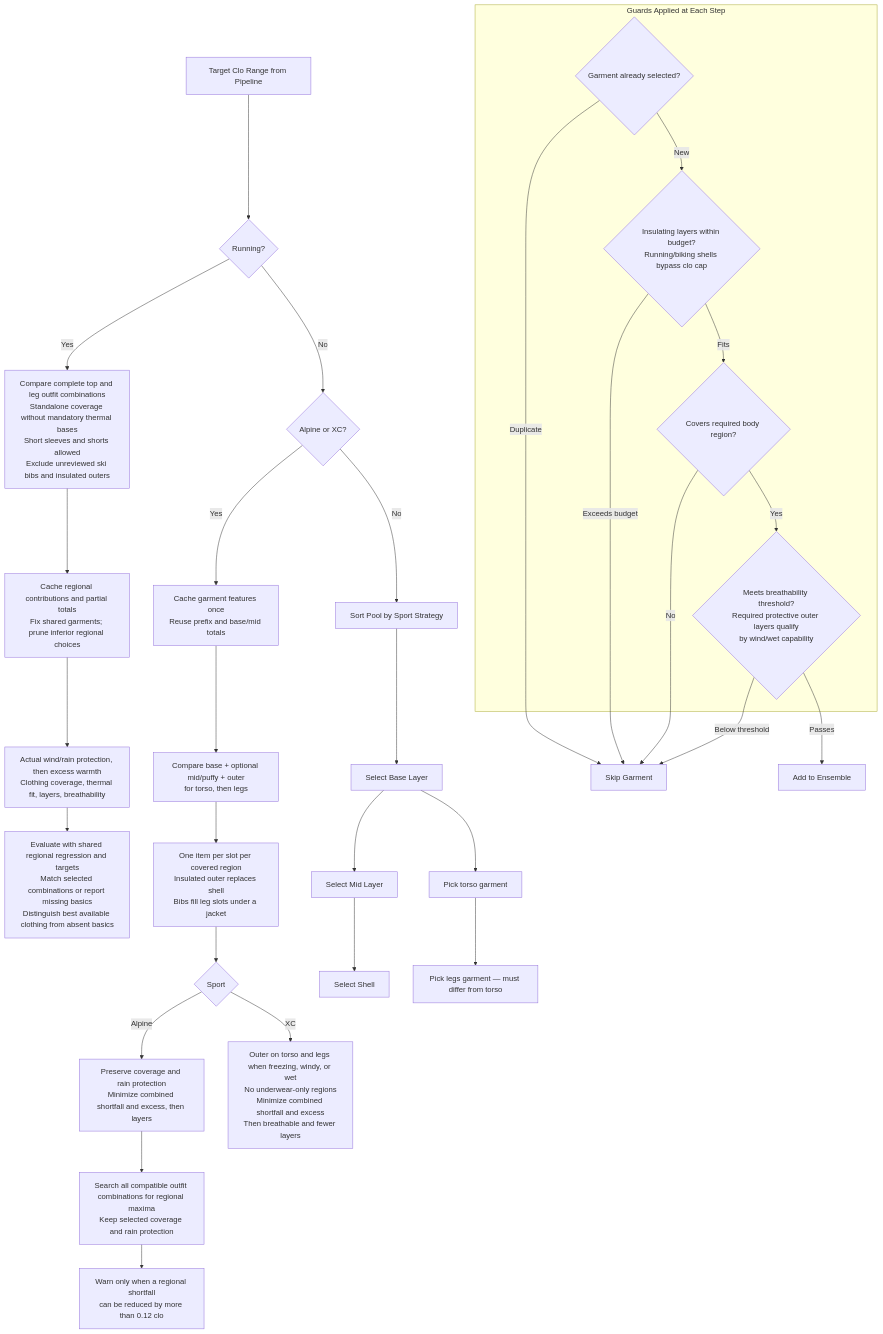
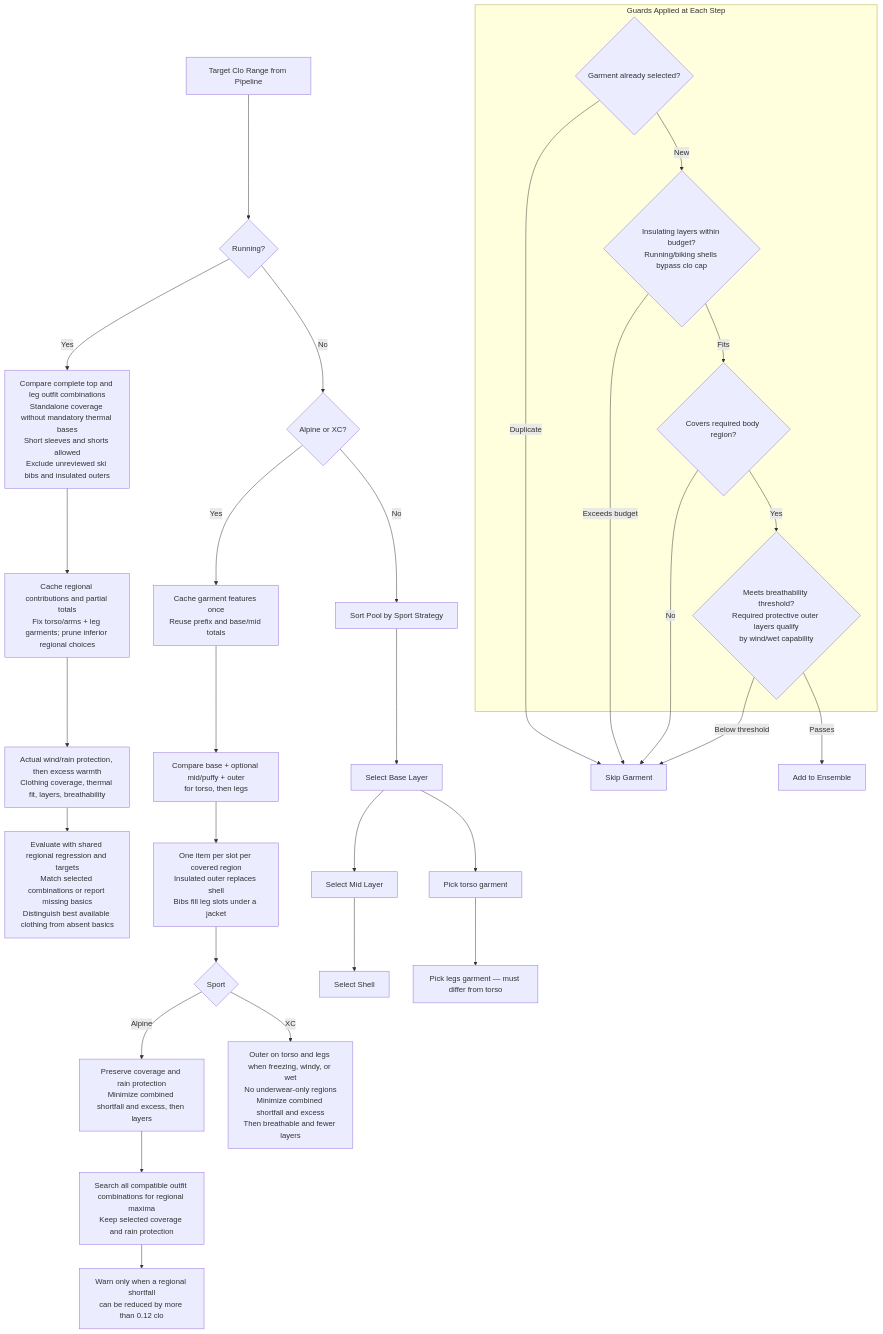
One commit to derobertsw/swttr changed the third of 7 diagrams in README.md. Above: the diagram before and after it, drawn with Mermaid. The commit also changed other lines of this file and 3 other files, not shown here.

````diff
--- a/README.md
+++ b/README.md
@@ -139,40 +139,40 @@
 ```mermaid
 graph TD
     START[Target Clo Range from Pipeline] --> RUNNING{Running?}
     RUNNING -->|Yes| RUNOPT[Compare complete top and leg outfit combinations<br/>Standalone coverage without mandatory thermal bases<br/>Short sleeves and shorts allowed<br/>Exclude unreviewed ski bibs and insulated outers]
-    RUNOPT --> RCACHE[Cache regional contributions and partial totals<br/>Fix shared garments; prune inferior regional choices]
+    RUNOPT --> RCACHE[Cache regional contributions and partial totals<br/>Fix torso/arms + leg garments; prune inferior regional choices]
     RCACHE --> RUNRANK[Actual wind/rain protection, then excess warmth<br/>Clothing coverage, thermal fit, layers, breathability]
     RUNRANK --> RUNREQ[Evaluate with shared regional regression and targets<br/>Match selected combinations or report missing basics<br/>Distinguish best available clothing from absent basics]
     RUNNING -->|No| SPORT{Alpine or XC?}
     SPORT -->|Yes| CACHE[Cache garment features once<br/>Reuse prefix and base/mid totals]
     CACHE --> COMB[Compare base + optional mid/puffy + outer<br/>for torso, then legs]
     COMB --> CAP[One item per slot per covered region<br/>Insulated outer replaces shell<br/>Bibs fill leg slots under a jacket]
     CAP --> RANK{Sport}
     RANK -->|Alpine| REG[Preserve coverage and rain protection<br/>Minimize combined shortfall and excess, then layers]
     REG --> WARM[Search all compatible outfit combinations for regional maxima<br/>Keep selected coverage and rain protection]
     WARM --> WARN[Warn only when a regional shortfall<br/>can be reduced by more than 0.12 clo]
     RANK -->|XC| XREG[Outer on torso and legs when freezing, windy, or wet<br/>No underwear-only regions<br/>Minimize combined shortfall and excess<br/>Then breathable and fewer layers]
     SPORT -->|No| SORT[Sort Pool by Sport Strategy]
     SORT --> BASE[Select Base Layer]
     BASE --> MID[Select Mid Layer]
     MID --> SHELL[Select Shell]
 
     BASE --> T1[Pick torso garment]
     T1 --> L1[Pick legs garment — must differ from torso]
 
     subgraph "Guards Applied at Each Step"
         G1{Garment already selected?}
         G2{Insulating layers within budget?<br/>Running/biking shells bypass clo cap}
         G3{Covers required body region?}
         G4{Meets breathability threshold?<br/>Required protective outer layers qualify<br/>by wind/wet capability}
     end
 
     G1 -->|Duplicate| SKIP[Skip Garment]
     G1 -->|New| G2
     G2 -->|Exceeds budget| SKIP
     G2 -->|Fits| G3
     G3 -->|No| SKIP
     G3 -->|Yes| G4
     G4 -->|Below threshold| SKIP
     G4 -->|Passes| ADD[Add to Ensemble]
 ```
````
